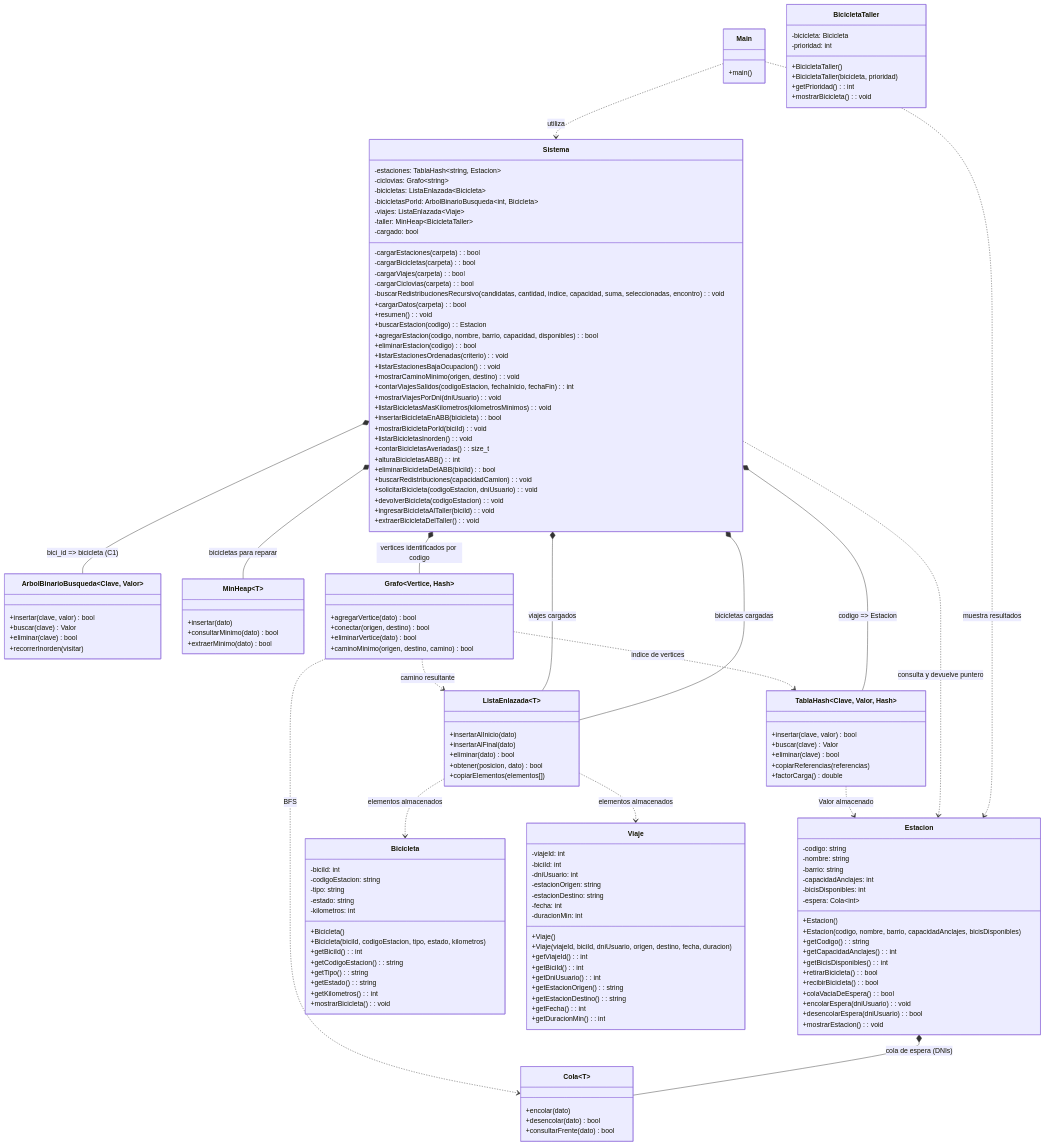
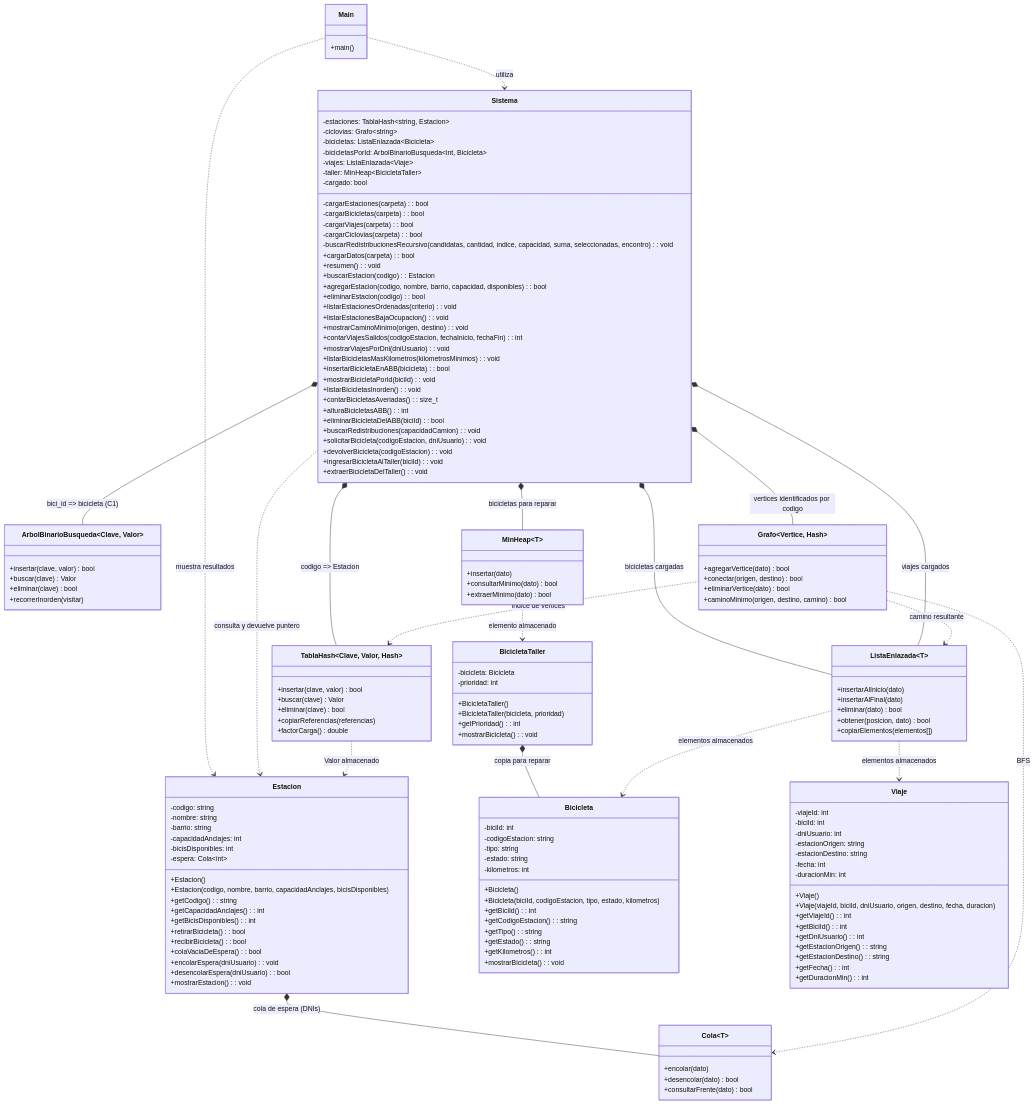
Before and after one commit to cberto/algoritmos: the diagram in TP - Integrador/UML_ACTUAL.md, drawn with Mermaid.

```diff
--- a/TP - Integrador/UML_ACTUAL.md
+++ b/TP - Integrador/UML_ACTUAL.md
@@ -160,6 +160,8 @@
     Sistema *-- ArbolBinarioBusqueda~int, Bicicleta~ : bici_id => bicicleta (C1)
     Sistema *-- ListaEnlazada~Viaje~ : viajes cargados
     Sistema *-- MinHeap~BicicletaTaller~ : bicicletas para reparar
+    MinHeap ..> BicicletaTaller : elemento almacenado
+    BicicletaTaller *-- Bicicleta : copia para reparar
     Sistema ..> Estacion : consulta y devuelve puntero
     TablaHash ..> Estacion : Valor almacenado
     ListaEnlazada ..> Viaje : elementos almacenados
```
